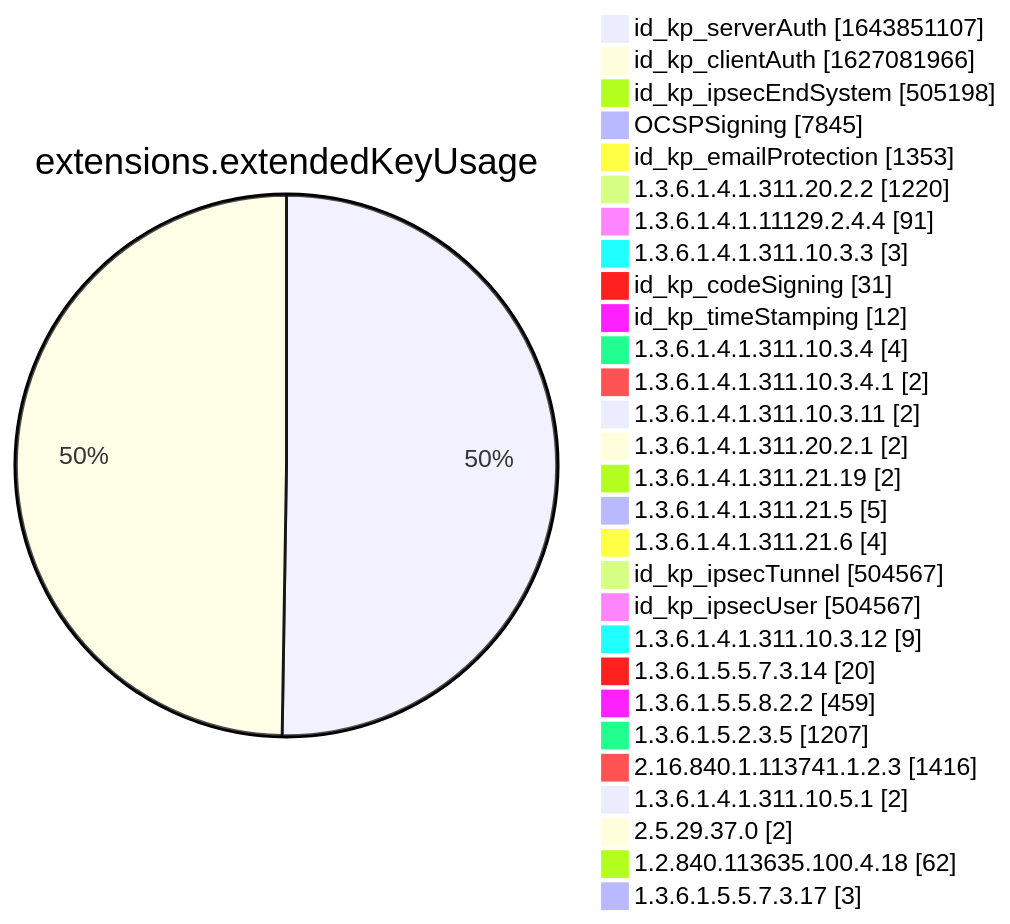
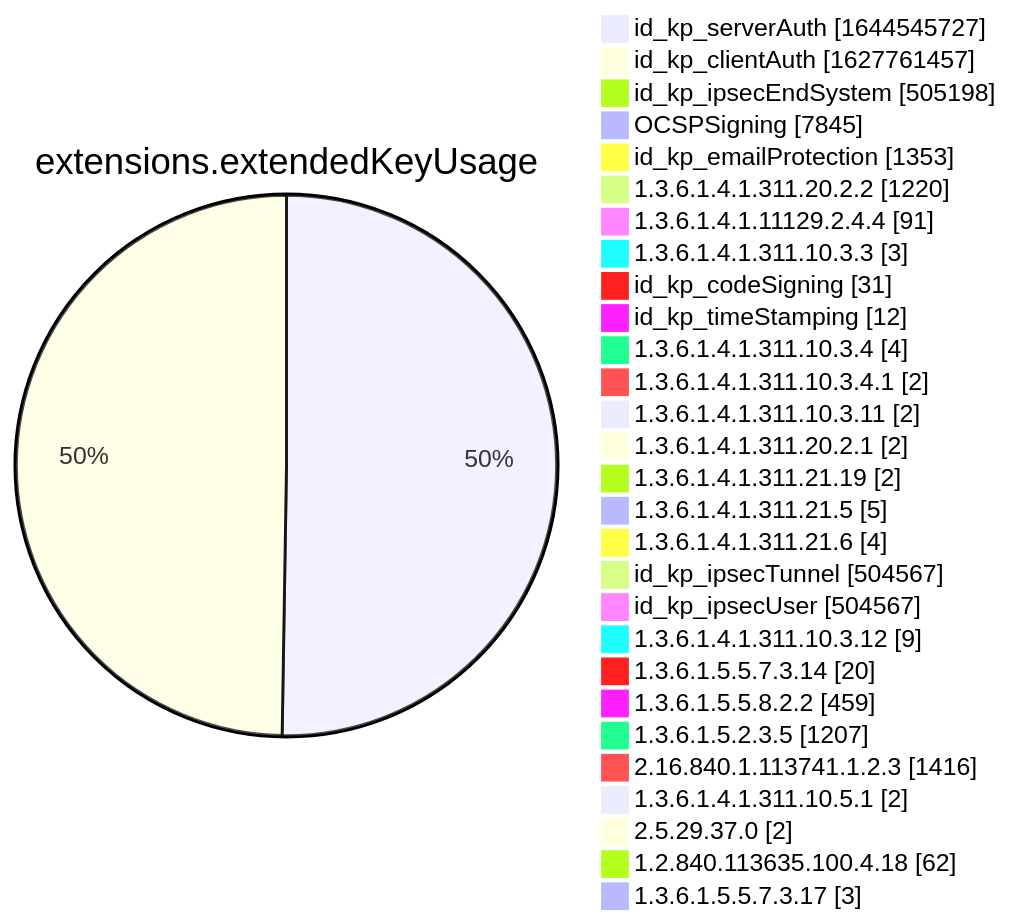
Before and after one commit to christiankrug/ctmonitor_visualization: diagram 12 of 15 in xenon2022/README.md, drawn with Mermaid. The commit also changed other lines of this file, not shown here.

````diff
--- a/xenon2022/README.md
+++ b/xenon2022/README.md
@@ -3886,32 +3886,32 @@
 ```mermaid
 pie showData
 title extensions.extendedKeyUsage
-"id_kp_serverAuth" :1643851107
-"id_kp_clientAuth" :1627081966
+"id_kp_serverAuth" :1644545727
+"id_kp_clientAuth" :1627761457
 "id_kp_ipsecEndSystem" :505198
 "OCSPSigning" :7845
 "id_kp_emailProtection" :1353
 "1.3.6.1.4.1.311.20.2.2" :1220
 "1.3.6.1.4.1.11129.2.4.4" :91
 "1.3.6.1.4.1.311.10.3.3" :3
 "id_kp_codeSigning" :31
 "id_kp_timeStamping" :12
 "1.3.6.1.4.1.311.10.3.4" :4
 "1.3.6.1.4.1.311.10.3.4.1" :2
 "1.3.6.1.4.1.311.10.3.11" :2
 "1.3.6.1.4.1.311.20.2.1" :2
 "1.3.6.1.4.1.311.21.19" :2
 "1.3.6.1.4.1.311.21.5" :5
 "1.3.6.1.4.1.311.21.6" :4
 "id_kp_ipsecTunnel" :504567
 "id_kp_ipsecUser" :504567
 "1.3.6.1.4.1.311.10.3.12" :9
 "1.3.6.1.5.5.7.3.14" :20
 "1.3.6.1.5.5.8.2.2" :459
 "1.3.6.1.5.2.3.5" :1207
 "2.16.840.1.113741.1.2.3" :1416
 "1.3.6.1.4.1.311.10.5.1" :2
 "2.5.29.37.0" :2
 "1.2.840.113635.100.4.18" :62
 "1.3.6.1.5.5.7.3.17" :3
 ```
````
